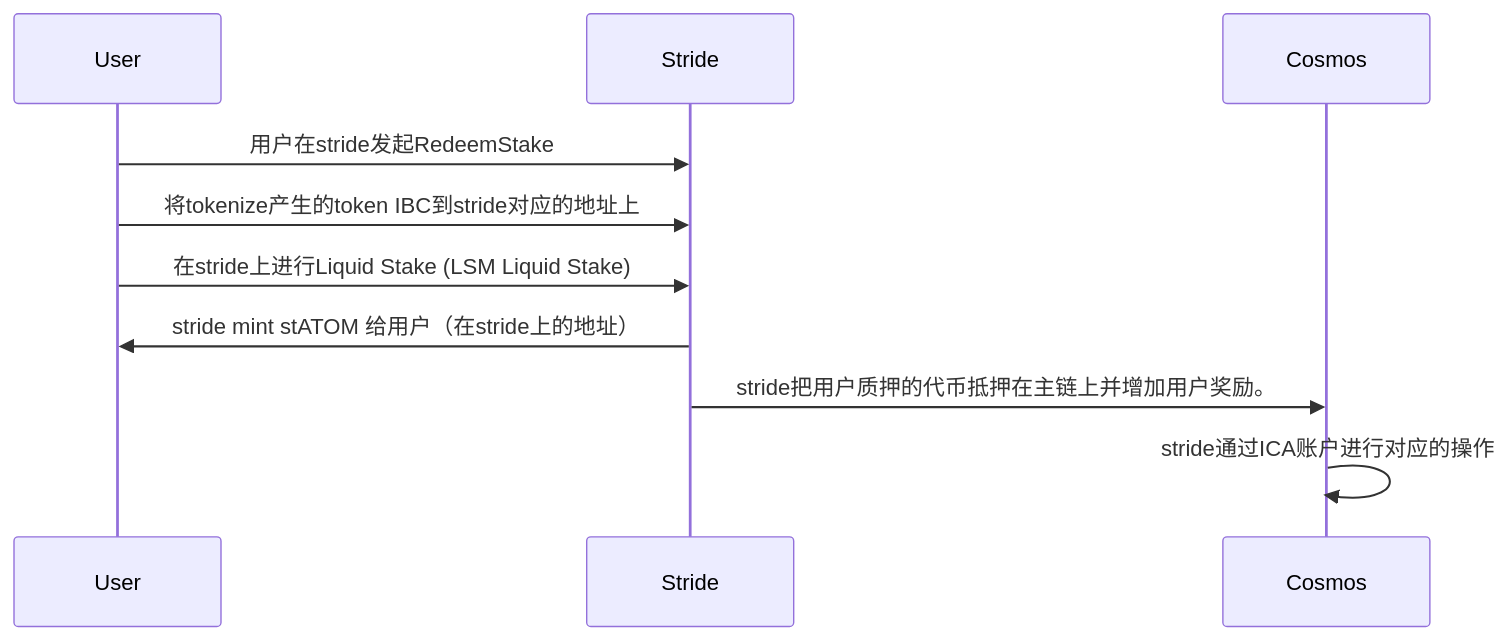
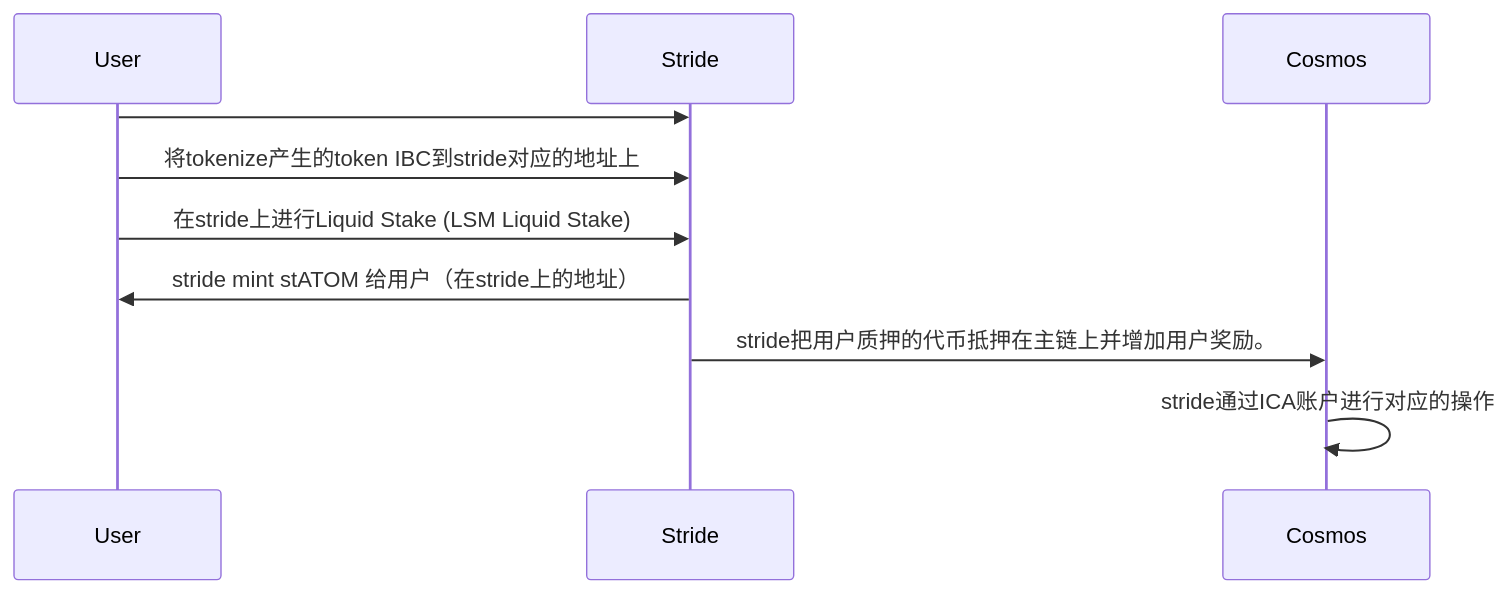
The diagram in all/未命名-3.md (yingjianzh/iodraw-files), drawn with Mermaid before and after one commit.

Commit message:
2024-03-28 14:35:21 update

````diff
--- a/all/未命名-3.md
+++ b/all/未命名-3.md
@@ -1,9 +1,9 @@
 ```mermaid
 sequenceDiagram
-    User->>Stride: 用户在stride发起RedeemStake
+    User->>Stride: 
     User->>Stride: 将tokenize产生的token IBC到stride对应的地址上
     User->>Stride: 在stride上进行Liquid Stake (LSM Liquid Stake)
     Stride->>User: stride mint stATOM 给用户（在stride上的地址）
     Stride->>Cosmos: stride把用户质押的代币抵押在主链上并增加用户奖励。
     Cosmos->>Cosmos: stride通过ICA账户进行对应的操作
 ```
````
